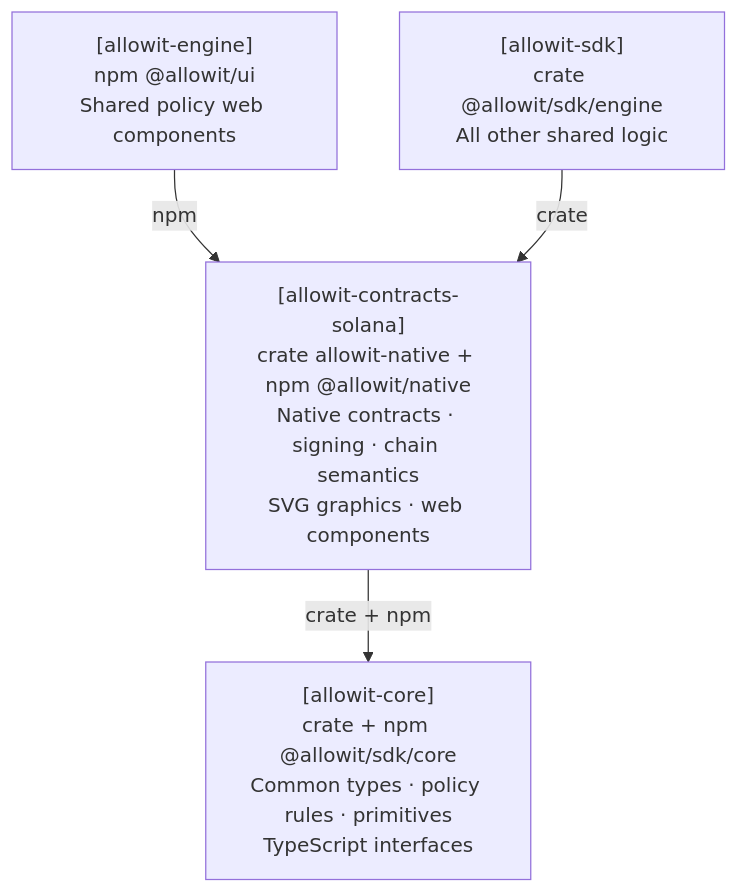
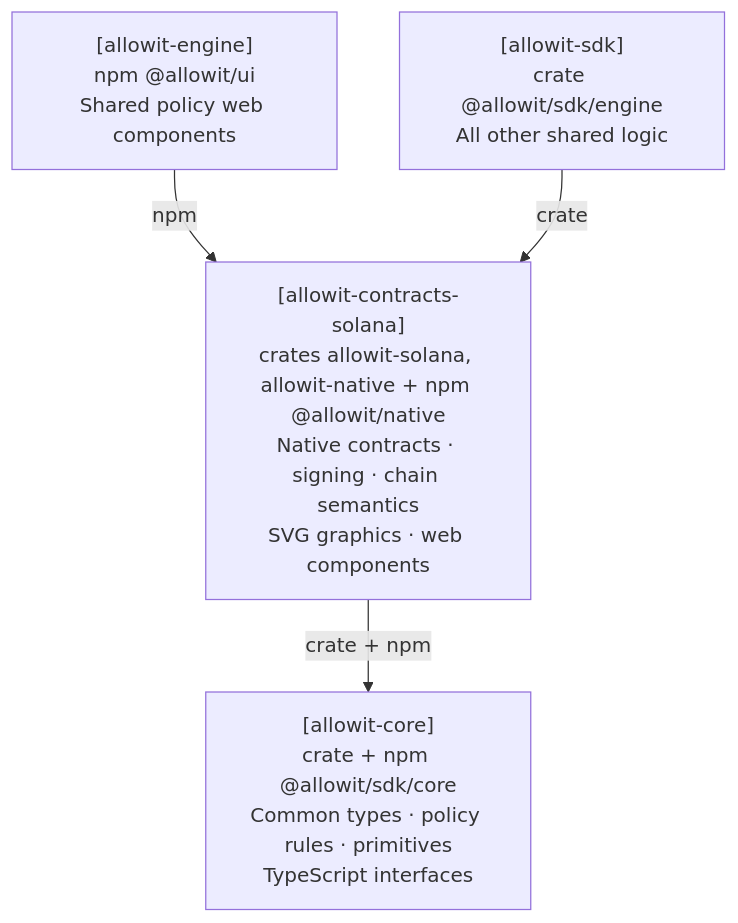
Before and after one commit to allowit-hq/allowit-contracts-solana: the second of 2 diagrams in README.md, drawn with Mermaid. The commit also changed other lines of this file, not shown here.

Commit message:
README: the rail crate

````diff
--- a/README.md
+++ b/README.md
@@ -207,11 +209,11 @@
 ```mermaid
 flowchart TB
     UI["[allowit-engine]<br/>npm @allowit/ui<br/>Shared policy web components"]
     Engine["[allowit-sdk]<br/>crate @allowit/sdk/engine<br/>All other shared logic"]
-    Vendor["[allowit-contracts-solana]<br/>crate allowit-native + npm @allowit/native<br/>Native contracts · signing · chain semantics<br/>SVG graphics · web components"]
+    Vendor["[allowit-contracts-solana]<br/>crates allowit-solana, allowit-native + npm @allowit/native<br/>Native contracts · signing · chain semantics<br/>SVG graphics · web components"]
     Core["[allowit-core]<br/>crate + npm @allowit/sdk/core<br/>Common types · policy rules · primitives<br/>TypeScript interfaces"]
 
     UI -->|npm| Vendor
     Engine -->|crate| Vendor
     Vendor -->|crate + npm| Core
 ```
````
